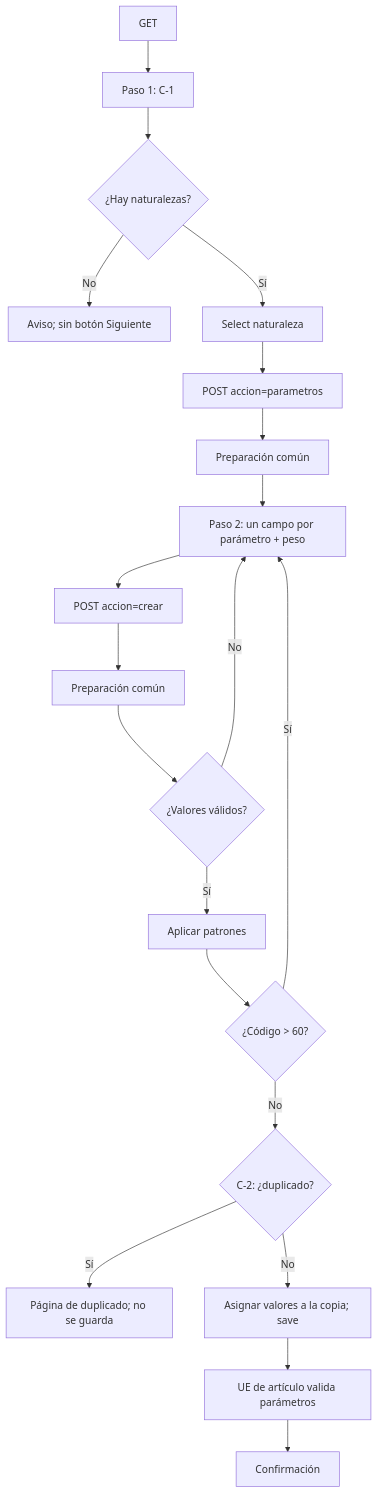
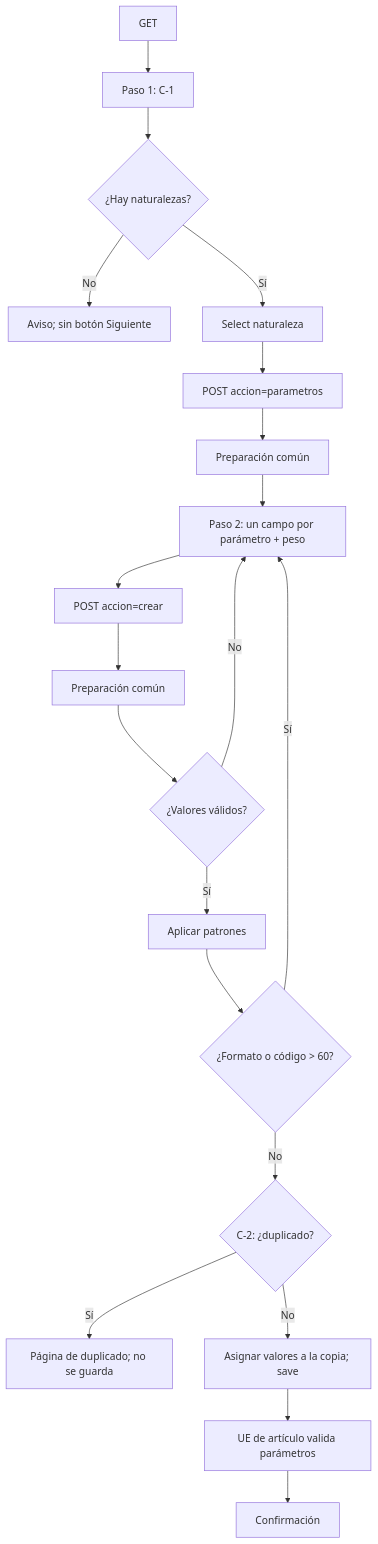
One commit to saulkgames/Naturaleza-de-Productos changed the second of 2 diagrams in src/FileCabinet/SuiteScripts/SADS_Naturaleza_Productos/SADS_SL_crear_articulo_nat.md. Above: the diagram before and after it, drawn with Mermaid. The commit also changed other lines of this file and 7 other files, not shown here.

````diff
--- a/src/FileCabinet/SuiteScripts/SADS_Naturaleza_Productos/SADS_SL_crear_articulo_nat.md
+++ b/src/FileCabinet/SuiteScripts/SADS_Naturaleza_Productos/SADS_SL_crear_articulo_nat.md
@@ -96,22 +96,22 @@
 ```mermaid
 flowchart TD
   A[GET] --> B[Paso 1: C-1]
   B --> C{¿Hay naturalezas?}
   C -- No --> D[Aviso; sin botón Siguiente]
   C -- Sí --> E[Select naturaleza]
   E --> F[POST accion=parametros]
   F --> G[Preparación común]
   G --> H[Paso 2: un campo por parámetro + peso]
   H --> I[POST accion=crear]
   I --> G2[Preparación común]
   G2 --> J{¿Valores válidos?}
   J -- No --> H
   J -- Sí --> K[Aplicar patrones]
-  K --> K2{¿Código > 60?}
+  K --> K2{¿Formato o código > 60?}
   K2 -- Sí --> H
   K2 -- No --> L{C-2: ¿duplicado?}
   L -- Sí --> M[Página de duplicado; no se guarda]
   L -- No --> N[Asignar valores a la copia; save]
   N --> O[UE de artículo valida parámetros]
   O --> P[Confirmación]
 ```
````
